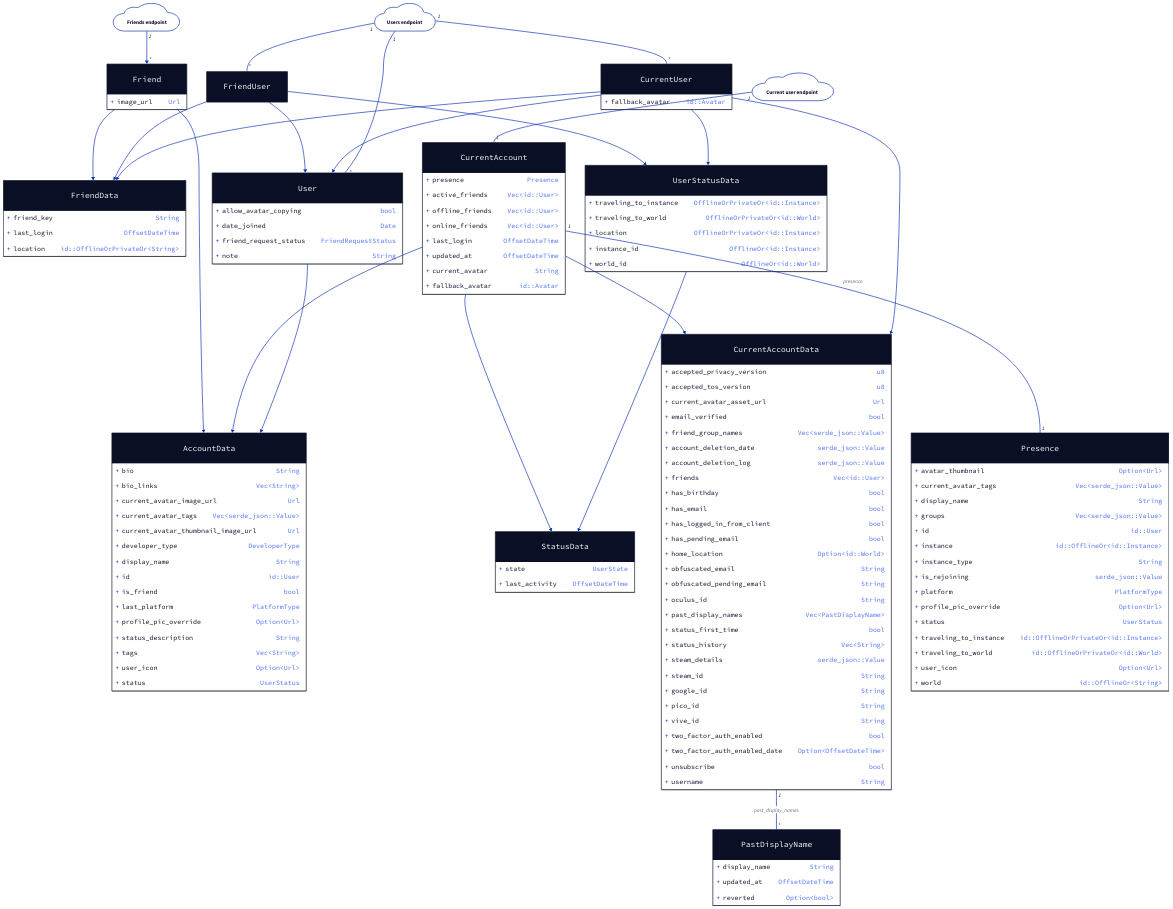
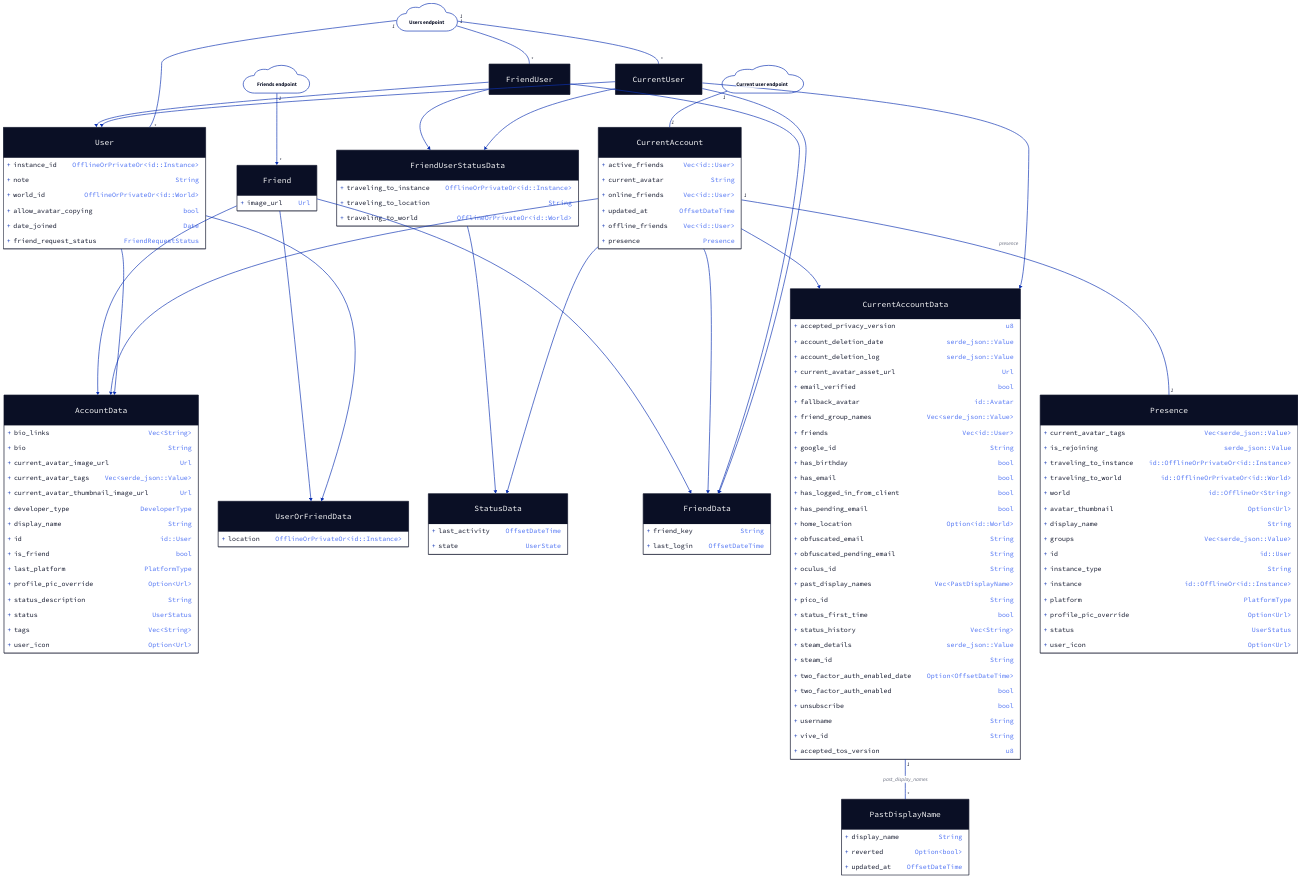
Before and after one commit to onlivfe/vrc_rs: the diagram in docs/users.d2, drawn with D2. The commit also changed 3 other files, not shown here.

```diff
--- a/docs/users.d2
+++ b/docs/users.d2
@@ -1,8 +1,8 @@
 AccountData: {
   shape: class
 
+	bio_links: Vec<String>
 	bio: String
-	bio_links: Vec<String>
 	current_avatar_image_url: Url
 	current_avatar_tags: Vec<serde_json::Value>
 	current_avatar_thumbnail_image_url: Url
@@ -13,25 +13,39 @@
 	last_platform: PlatformType
 	profile_pic_override: Option<Url>
 	status_description: String
+	status: UserStatus
 	tags: Vec<String>
 	user_icon: Option<Url>
-	status: UserStatus
 }
+
+UserOrFriendData: {
+	shape: class
+
+	location: OfflineOrPrivateOr<id::Instance>
+}
+
 
 StatusData: {
 	shape: class
 
+	last_activity: OffsetDateTime
 	state: UserState
-	last_activity: OffsetDateTime
 }
+
+FriendUserStatusData: {
+	shape: class
+
+	traveling_to_instance: OfflineOrPrivateOr<id::Instance>
+	traveling_to_location: String
+	traveling_to_world: OfflineOrPrivateOr<id::World>
+}
+FriendUserStatusData -> StatusData
 
 FriendData: {
   shape: class
 
   friend_key: String
   last_login: OffsetDateTime
-  #traveling_to_location: OfflineOrPrivateOr<String>
-	location: id::OfflineOrPrivateOr<String>
 }
 
 Friend: {
@@ -42,26 +56,28 @@
 }
 Friend -> AccountData
 Friend -> FriendData
+Friend -> UserOrFriendData
 
 PastDisplayName: {
   shape: class
 
   display_name: String
+  reverted: Option<bool>
   updated_at: OffsetDateTime
-  reverted: Option<bool>
 }
 
 CurrentAccountData: {
   shape: class
 
 	accepted_privacy_version: u8
-  accepted_tos_version: u8
+	account_deletion_date: serde_json::Value
+	account_deletion_log: serde_json::Value
 	current_avatar_asset_url: Url
 	email_verified: bool
+	fallback_avatar: id::Avatar
 	friend_group_names: Vec<serde_json::Value>
-	account_deletion_date: serde_json::Value
-	account_deletion_log: serde_json::Value
 	friends: Vec<id::User>
+	google_id: String
 	has_birthday: bool
 	has_email: bool
 	has_logged_in_from_client: bool
@@ -70,19 +86,19 @@
 	obfuscated_email: String
 	obfuscated_pending_email: String
 	oculus_id: String
+	oculus_id: String
 	past_display_names: Vec<PastDisplayName>
+	pico_id: String
 	status_first_time: bool
 	status_history: Vec<String>
 	steam_details: serde_json::Value
 	steam_id: String
-	google_id: String
-	oculus_id: String
-	pico_id: String
-	vive_id: String
+	two_factor_auth_enabled_date: Option<OffsetDateTime>
 	two_factor_auth_enabled: bool
-	two_factor_auth_enabled_date: Option<OffsetDateTime>
 	unsubscribe: bool
 	username: String
+	vive_id: String
+  accepted_tos_version: u8
 }
 CurrentAccountData -- PastDisplayName: "past_display_names" {
 	source-arrowhead.label: 1
@@ -92,36 +108,35 @@
 Presence: {
   shape: class
 
+	current_avatar_tags: Vec<serde_json::Value>
+	is_rejoining: serde_json::Value
+	traveling_to_instance: id::OfflineOrPrivateOr<id::Instance>
+	traveling_to_world: id::OfflineOrPrivateOr<id::World>
+	world: id::OfflineOr<String>
   avatar_thumbnail: Option<Url>
-	current_avatar_tags: Vec<serde_json::Value>
   display_name: String
   groups: Vec<serde_json::Value>
   id: id::User
+  instance_type: String
   instance: id::OfflineOr<id::Instance>
-  instance_type: String
-	is_rejoining: serde_json::Value
   platform: PlatformType
   profile_pic_override: Option<Url>
   status: UserStatus
-	traveling_to_instance: id::OfflineOrPrivateOr<id::Instance>
-	traveling_to_world: id::OfflineOrPrivateOr<id::World>
   user_icon: Option<Url>
-	world: id::OfflineOr<String>
 }
 
 CurrentAccount: {
   shape: class
 
+	active_friends: Vec<id::User>
+	current_avatar: String
+	online_friends: Vec<id::User>
+	updated_at: OffsetDateTime
+  offline_friends: Vec<id::User>
   presence: Presence
-	active_friends: Vec<id::User>
-  offline_friends: Vec<id::User>
-	online_friends: Vec<id::User>
-	last_login: OffsetDateTime
-	updated_at: OffsetDateTime
-	current_avatar: String
-	fallback_avatar: id::Avatar
 }
 CurrentAccount -> AccountData
+CurrentAccount -> FriendData
 CurrentAccount -> CurrentAccountData
 CurrentAccount -> StatusData
 CurrentAccount -- Presence: "presence" {
@@ -147,41 +162,31 @@
 User: {
   shape: class
   
+	instance_id: OfflineOrPrivateOr<id::Instance>
+	note: String
+	world_id: OfflineOrPrivateOr<id::World>
   allow_avatar_copying: bool
   date_joined: Date
   friend_request_status: FriendRequestStatus
-	note: String
 }
 User -> AccountData
+User -> UserOrFriendData
 
-UserStatusData: {
-  shape: class
-
-	traveling_to_instance: OfflineOrPrivateOr<id::Instance>
-	traveling_to_world: OfflineOrPrivateOr<id::World>
-	location: OfflineOrPrivateOr<id::Instance>
-	instance_id: OfflineOr<id::Instance>
-	world_id: OfflineOr<id::World>
-}
-UserStatusData -> StatusData
 
 FriendUser: {
   shape: class
-
 }
 FriendUser -> User
 FriendUser -> FriendData
-FriendUser -> UserStatusData
+FriendUser -> FriendUserStatusData
 
 CurrentUser: {
   shape: class
-
-	fallback_avatar: id::Avatar
 }
 CurrentUser -> User
 CurrentUser -> FriendData
 CurrentUser -> CurrentAccountData
-CurrentUser -> UserStatusData
+CurrentUser -> FriendUserStatusData
 
 endpoint_users: Users endpoint
 endpoint_users.shape: cloud
```
